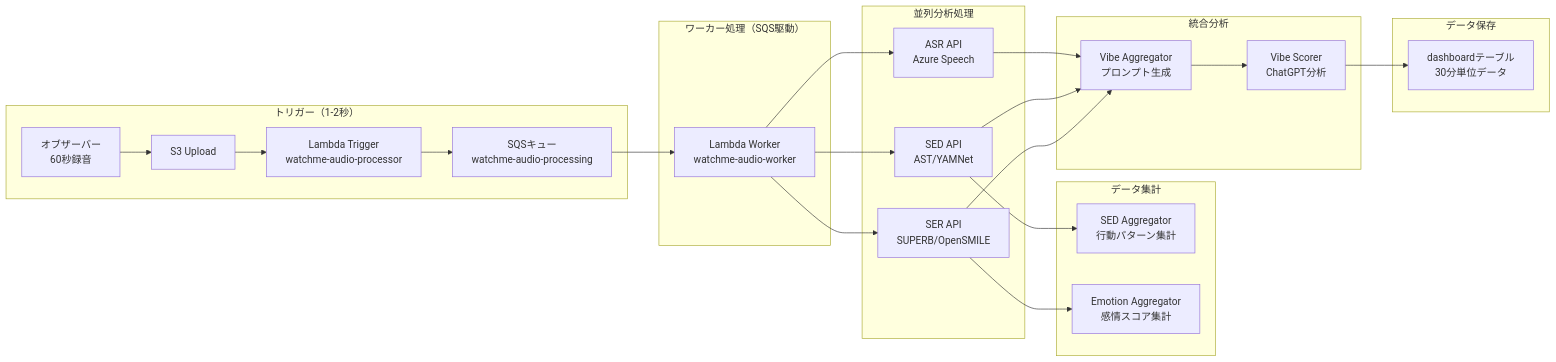
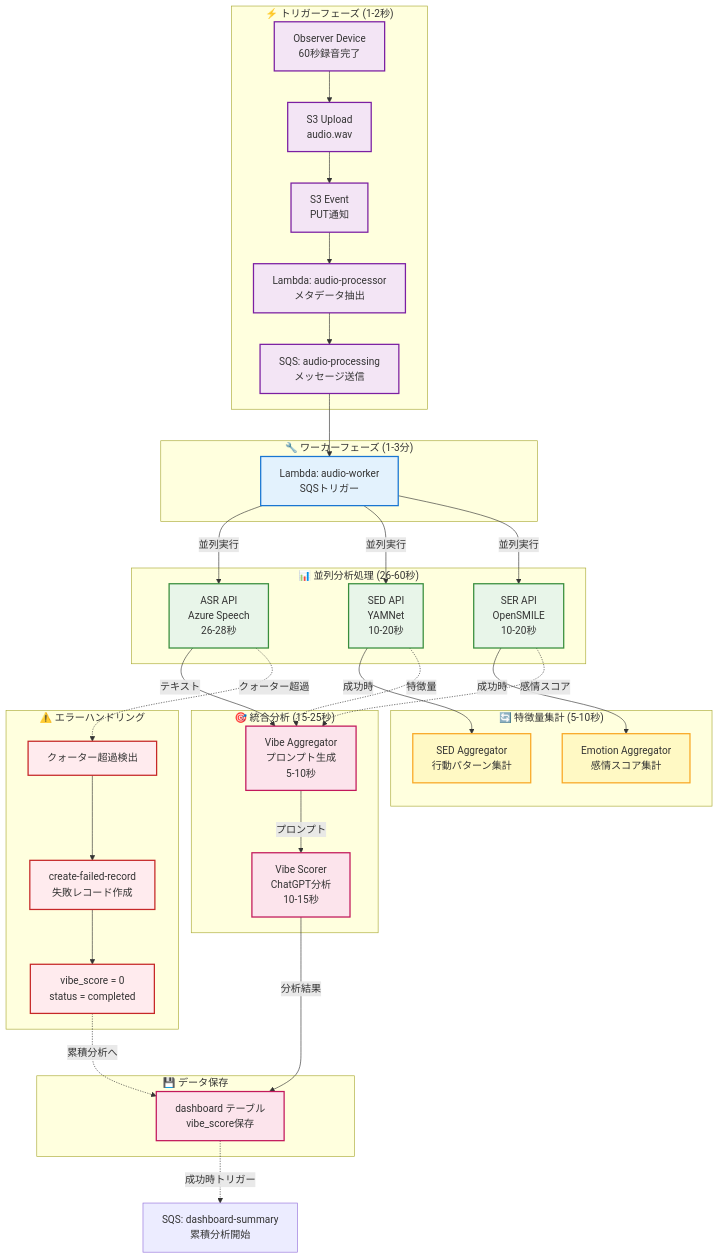
One commit to hey-watchme/server-configs changed the second of 5 diagrams in PROCESSING_ARCHITECTURE.md. Above: the diagram before and after it, drawn with Mermaid. The commit also changed other lines of this file, not shown here.

First line of the commit message:
Add comprehensive Mermaid diagrams to processing architecture

````diff
--- a/PROCESSING_ARCHITECTURE.md
+++ b/PROCESSING_ARCHITECTURE.md
@@ -67,34 +188,77 @@
 ```mermaid
-graph LR
-    subgraph "トリガー（1-2秒）"
-        A[オブザーバー<br/>60秒録音] --> B[S3 Upload]
-        B --> C[Lambda Trigger<br/>watchme-audio-processor]
-        C --> D[SQSキュー<br/>watchme-audio-processing]
+graph TB
+    subgraph Trigger["⚡ トリガーフェーズ (1-2秒)"]
+        A[Observer Device<br/>60秒録音完了]
+        B[S3 Upload<br/>audio.wav]
+        C[S3 Event<br/>PUT通知]
+        D[Lambda: audio-processor<br/>メタデータ抽出]
+        E[SQS: audio-processing<br/>メッセージ送信]
     end
-    
-    subgraph "ワーカー処理（SQS駆動）"
-        D --> E[Lambda Worker<br/>watchme-audio-worker]
+
+    subgraph Worker["🔧 ワーカーフェーズ (1-3分)"]
+        F[Lambda: audio-worker<br/>SQSトリガー]
     end
-    
-    subgraph "並列分析処理"
-        E --> F1[ASR API<br/>Azure Speech]
-        E --> F2[SED API<br/>AST/YAMNet]
-        E --> F3[SER API<br/>SUPERB/OpenSMILE]
+
+    subgraph Parallel["📊 並列分析処理 (26-60秒)"]
+        G1[ASR API<br/>Azure Speech<br/>26-28秒]
+        G2[SED API<br/>YAMNet<br/>10-20秒]
+        G3[SER API<br/>OpenSMILE<br/>10-20秒]
     end
-    
-    subgraph "データ集計"
-        F2 --> G1[SED Aggregator<br/>行動パターン集計]
-        F3 --> G2[Emotion Aggregator<br/>感情スコア集計]
+
+    subgraph FeatureAgg["🔄 特徴量集計 (5-10秒)"]
+        H1[SED Aggregator<br/>行動パターン集計]
+        H2[Emotion Aggregator<br/>感情スコア集計]
     end
-    
-    subgraph "統合分析"
-        F1 --> H[Vibe Aggregator<br/>プロンプト生成]
-        F2 --> H
-        F3 --> H
-        H --> I[Vibe Scorer<br/>ChatGPT分析]
+
+    subgraph Integration["🎯 統合分析 (15-25秒)"]
+        I[Vibe Aggregator<br/>プロンプト生成<br/>5-10秒]
+        J[Vibe Scorer<br/>ChatGPT分析<br/>10-15秒]
     end
-    
-    subgraph "データ保存"
-        I --> J[dashboardテーブル<br/>30分単位データ]
+
+    subgraph Storage["💾 データ保存"]
+        K[dashboard テーブル<br/>vibe_score保存]
     end
+
+    subgraph ErrorHandling["⚠️ エラーハンドリング"]
+        L[クォーター超過検出]
+        M[create-failed-record<br/>失敗レコード作成]
+        N[vibe_score = 0<br/>status = completed]
+    end
+
+    %% 正常フロー
+    A --> B --> C --> D --> E --> F
+    F -->|並列実行| G1
+    F -->|並列実行| G2
+    F -->|並列実行| G3
+
+    G2 -->|成功時| H1
+    G3 -->|成功時| H2
+
+    G1 -->|テキスト| I
+    G2 -.->|特徴量| I
+    G3 -.->|感情スコア| I
+
+    I -->|プロンプト| J
+    J -->|分析結果| K
+
+    %% エラーフロー
+    G1 -.->|クォーター超過| L
+    L --> M --> N
+    N -.->|累積分析へ| K
+
+    K -.->|成功時トリガー| SQS2[SQS: dashboard-summary<br/>累積分析開始]
+
+    classDef triggerStyle fill:#f3e5f5,stroke:#7b1fa2,stroke-width:2px
+    classDef workerStyle fill:#e3f2fd,stroke:#1976d2,stroke-width:2px
+    classDef processStyle fill:#e8f5e9,stroke:#388e3c,stroke-width:2px
+    classDef aggStyle fill:#fff9c4,stroke:#f9a825,stroke-width:2px
+    classDef integrationStyle fill:#fce4ec,stroke:#c2185b,stroke-width:2px
+    classDef errorStyle fill:#ffebee,stroke:#c62828,stroke-width:2px
+
+    class A,B,C,D,E triggerStyle
+    class F workerStyle
+    class G1,G2,G3 processStyle
+    class H1,H2 aggStyle
+    class I,J,K integrationStyle
+    class L,M,N errorStyle
 ```
````
